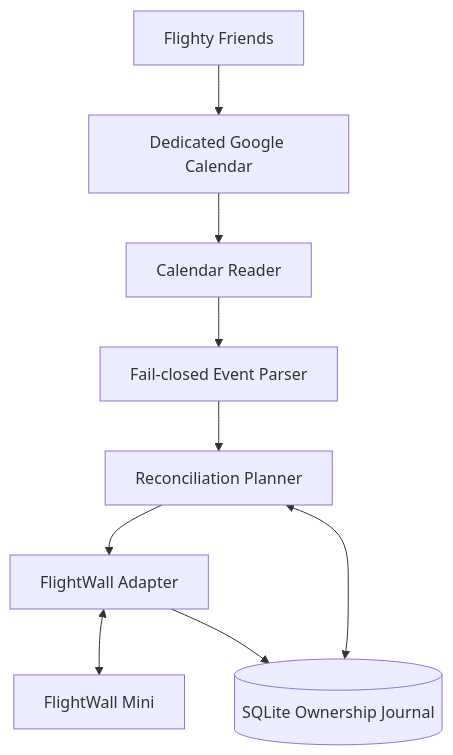
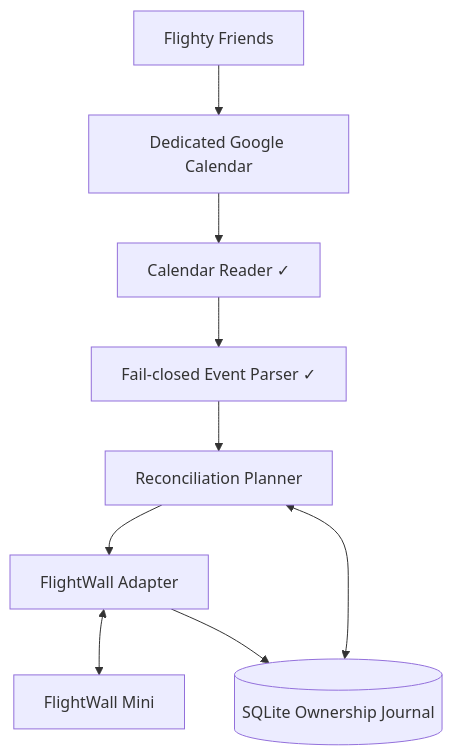
Before and after one commit to butlerx/flighty-wall: the first of 3 diagrams in docs/plans/2026-09-21-001-feat-flighty-flightwall-sync-plan.md, drawn with Mermaid. The commit also changed other lines of this file and 5 other files, not shown here.

````diff
--- a/docs/plans/2026-09-21-001-feat-flighty-flightwall-sync-plan.md
+++ b/docs/plans/2026-09-21-001-feat-flighty-flightwall-sync-plan.md
@@ -188,20 +210,20 @@
 ```mermaid
 flowchart TB
     Flighty[Flighty Friends]
     Google[Dedicated Google Calendar]
-    Reader[Calendar Reader]
-    Parser[Fail-closed Event Parser]
+    Reader[Calendar Reader ✓]
+    Parser[Fail-closed Event Parser ✓]
     Planner[Reconciliation Planner]
     State[(SQLite Ownership Journal)]
     Client[FlightWall Adapter]
     Wall[FlightWall Mini]
 
     Flighty --> Google
     Google --> Reader
     Reader --> Parser
     Parser --> Planner
     State <--> Planner
     Planner --> Client
     Client <--> Wall
     Client --> State
 ```
````
